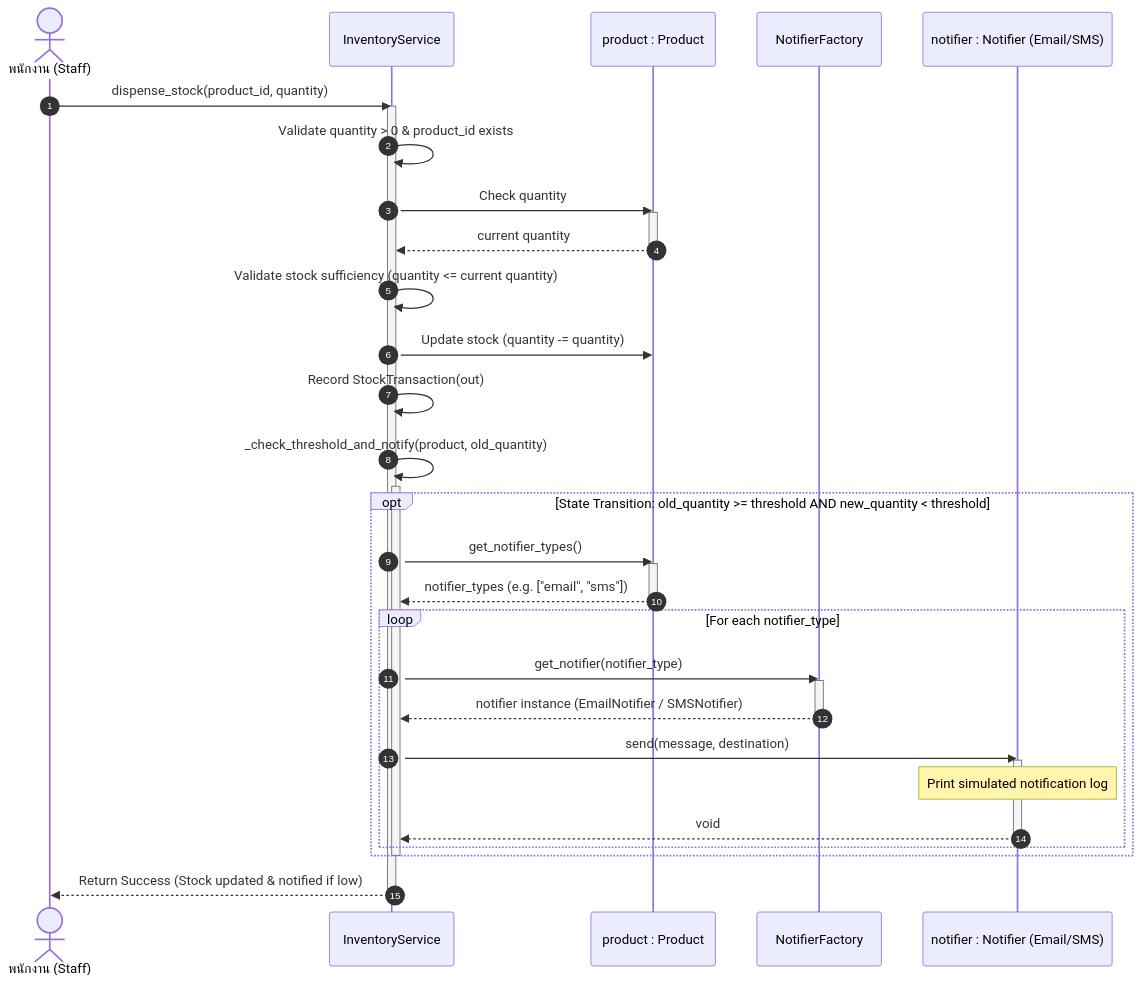
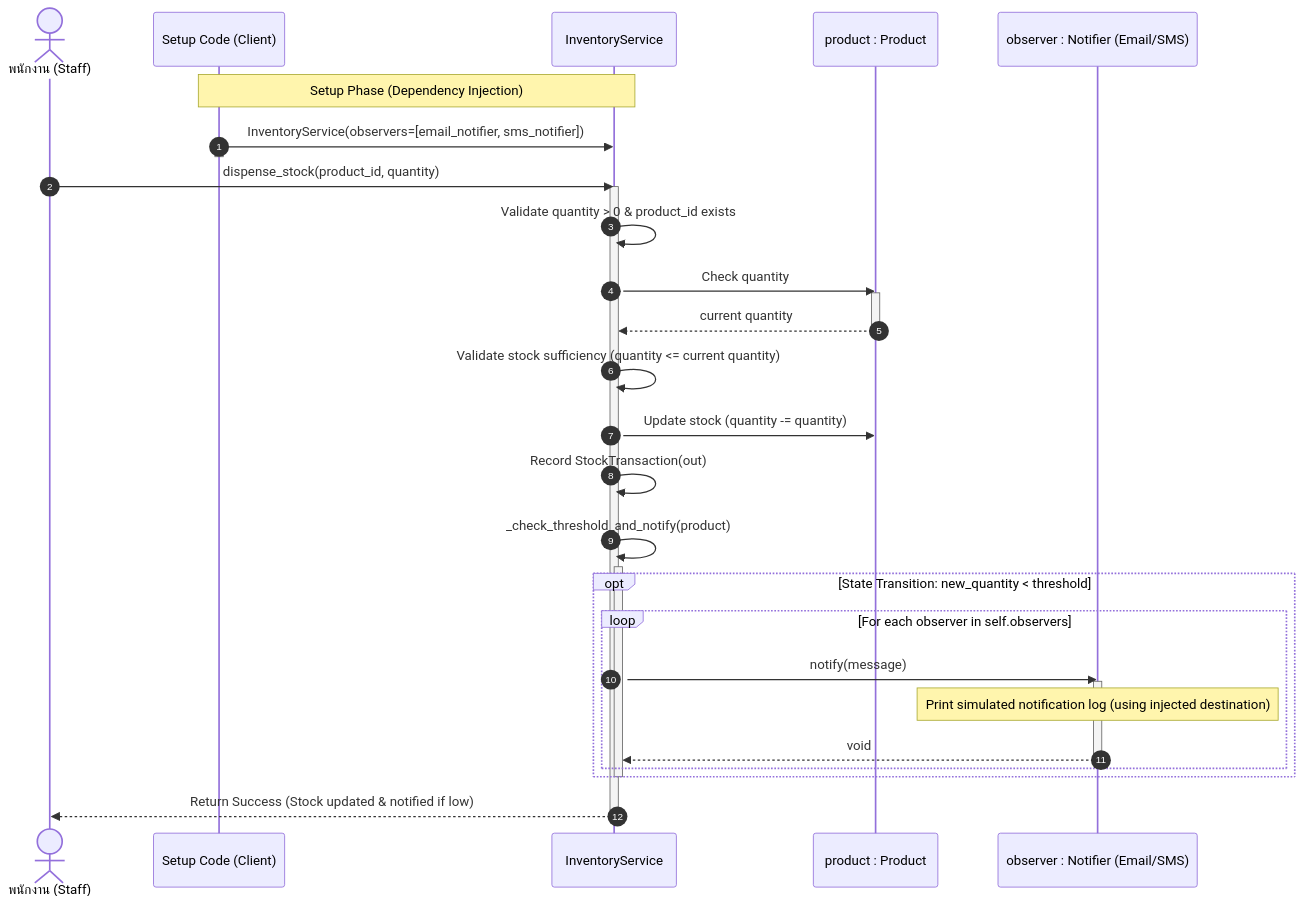
One commit to filix42k/omegateam-02-inventory changed the diagram in diagrams/sequence.md. Above: the diagram before and after it, drawn with Mermaid. The commit also changed other lines of this file and 3 other files, not shown here.

Commit message:
refactor: ใช้ Factory + Observer แก้ violation SOLID ตามผลการตรวจ

````diff
--- a/diagrams/sequence.md
+++ b/diagrams/sequence.md
@@ -4,51 +4,46 @@
 ```mermaid
 sequenceDiagram
     autonumber
     actor Staff as พนักงาน (Staff)
+    participant Setup as Setup Code (Client)
     participant Service as InventoryService
     participant Prod as product : Product
-    participant Factory as NotifierFactory
-    participant Notifier as notifier : Notifier (Email/SMS)
+    participant Notifier as observer : Notifier (Email/SMS)
+
+    Note over Setup, Service: Setup Phase (Dependency Injection)
+    Setup->>Service: InventoryService(observers=[email_notifier, sms_notifier])
+    activate Setup
+    deactivate Setup
 
     Staff->>Service: dispense_stock(product_id, quantity)
     activate Service
 
     Service->>Service: Validate quantity > 0 & product_id exists
 
     Service->>Prod: Check quantity
     activate Prod
     Prod-->>Service: current quantity
     deactivate Prod
 
     Service->>Service: Validate stock sufficiency (quantity <= current quantity)
 
     Service->>Prod: Update stock (quantity -= quantity)
     Service->>Service: Record StockTransaction(out)
 
-    Service->>Service: _check_threshold_and_notify(product, old_quantity)
+    Service->>Service: _check_threshold_and_notify(product)
     activate Service
     
-    opt State Transition: old_quantity >= threshold AND new_quantity < threshold
-        Service->>Prod: get_notifier_types()
-        activate Prod
-        Prod-->>Service: notifier_types (e.g. ["email", "sms"])
-        deactivate Prod
-
-        loop For each notifier_type
-            Service->>Factory: get_notifier(notifier_type)
-            activate Factory
-            Factory-->>Service: notifier instance (EmailNotifier / SMSNotifier)
-            deactivate Factory
-
-            Service->>Notifier: send(message, destination)
+    opt State Transition: new_quantity < threshold
+        loop For each observer in self.observers
+            Service->>Notifier: notify(message)
             activate Notifier
-            Note over Notifier: Print simulated notification log
+            Note over Notifier: Print simulated notification log (using injected destination)
             Notifier-->>Service: void
             deactivate Notifier
         end
     end
 
     deactivate Service
     Service-->>Staff: Return Success (Stock updated & notified if low)
     deactivate Service
 ```
````
